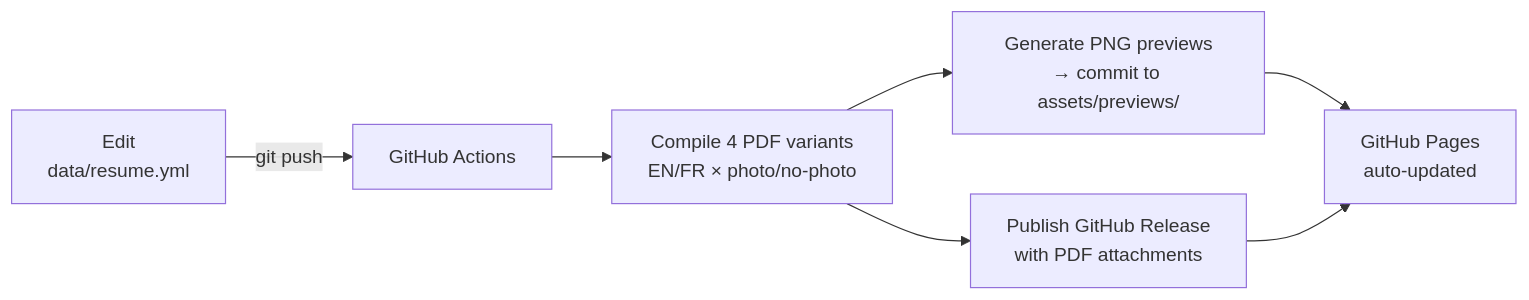
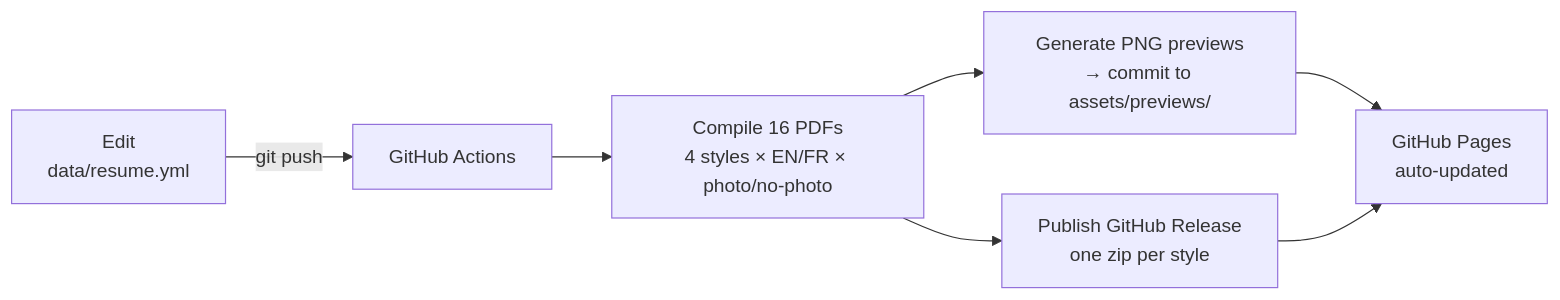
Before and after one commit to antoinedenovembre/resume: the diagram in README.md, drawn with Mermaid. The commit also changed other lines of this file and 49 other files, not shown here.

First line of the commit message:
feat(styles): add minimal and sidebar styles, one folder per style

````diff
--- a/README.md
+++ b/README.md
@@ -44,9 +54,9 @@
 ```mermaid
 flowchart LR
     A["Edit\ndata/resume.yml"] -->|git push| B["GitHub Actions"]
-    B --> C["Compile 4 PDF variants\nEN/FR × photo/no-photo"]
+    B --> C["Compile 16 PDFs\n4 styles × EN/FR × photo/no-photo"]
     C --> D["Generate PNG previews\n→ commit to assets/previews/"]
-    C --> E["Publish GitHub Release\nwith PDF attachments"]
+    C --> E["Publish GitHub Release\none zip per style"]
     D --> F["GitHub Pages\nauto-updated"]
     E --> F
 ```
````
